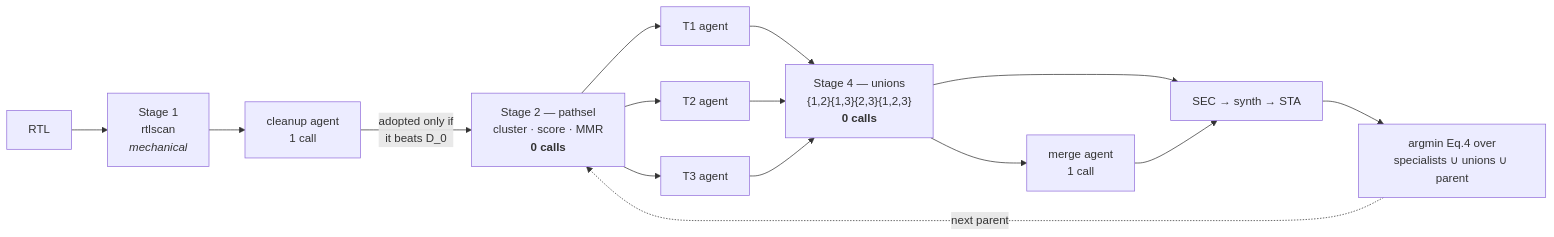
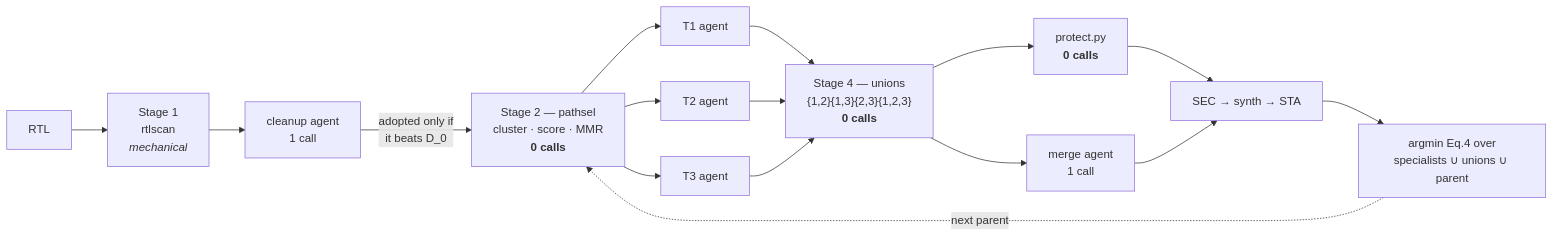
One commit to LunarLogician007/astra-vlsi changed the diagram in HANDOFF.md. Above: the diagram before and after it, drawn with Mermaid. The commit also changed other lines of this file and 3 other files, not shown here.

````diff
--- a/HANDOFF.md
+++ b/HANDOFF.md
@@ -35,18 +129,19 @@
 ```mermaid
 flowchart LR
   RTL[RTL] --> SCAN["Stage 1<br/>rtlscan<br/><i>mechanical</i>"]
   SCAN --> CLEAN["cleanup agent<br/>1 call"]
   CLEAN -->|adopted only if<br/>it beats D_0| SEL
   SEL["Stage 2 — pathsel<br/>cluster · score · MMR<br/><b>0 calls</b>"]
   SEL --> T1["T1 agent"]
   SEL --> T2["T2 agent"]
   SEL --> T3["T3 agent"]
   T1 --> U["Stage 4 — unions<br/>{1,2}{1,3}{2,3}{1,2,3}<br/><b>0 calls</b>"]
   T2 --> U
   T3 --> U
+  U --> PR["protect.py<br/><b>0 calls</b>"]
+  PR --> EV["SEC → synth → STA"]
   U --> MG["merge agent<br/>1 call"]
-  U --> EV["SEC → synth → STA"]
   MG --> EV
   EV --> EQ4["argmin Eq.4 over<br/>specialists ∪ unions ∪ parent"]
   EQ4 -.->|next parent| SEL
 ```
````
